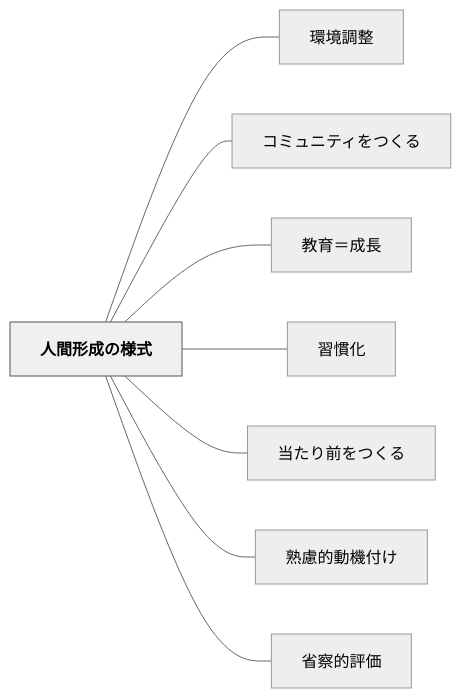
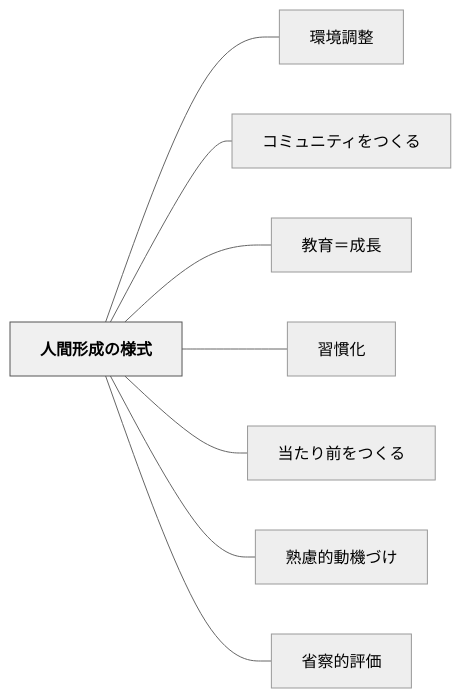
One commit to unknownthings-ed-patterns/unknownthings-ed-patterns changed the diagram in content/パタン/人間形成の様式.md. Above: the diagram before and after it, drawn with Mermaid (neutral theme). The commit also changed other lines of this file and 234 other files, not shown here.

````diff
--- a/content/パタン/人間形成の様式.md
+++ b/content/パタン/人間形成の様式.md
@@ -163,22 +163,22 @@
 ```mermaid
 flowchart LR
     ne4babae99693e5bda2e68890e381aee6a798e5bc8f["人間形成の様式"]
     ne792b0e5a283e8aabfe695b4["環境調整"]
     ne382b3e3839fe383a5e3838be38386e382a3e38292e381a4e3818fe3828b["コミュニティをつくる"]
     ne69599e882b2efbc9de68890e995b7["教育＝成長"]
     ne7bf92e685a3e58c96["習慣化"]
     ne5bd93e3819fe3828ae5898de38292e381a4e3818fe3828b["当たり前をつくる"]
-    ne7869fe685aee79a84e58b95e6a99fe4bb98e38191["熟慮的動機付け"]
+    ne7869fe685aee79a84e58b95e6a99fe381a5e38191["熟慮的動機づけ"]
     ne79c81e5af9fe79a84e8a995e4bea1["省察的評価"]
 
     ne4babae99693e5bda2e68890e381aee6a798e5bc8f --- ne792b0e5a283e8aabfe695b4
     ne4babae99693e5bda2e68890e381aee6a798e5bc8f --- ne382b3e3839fe383a5e3838be38386e382a3e38292e381a4e3818fe3828b
     ne4babae99693e5bda2e68890e381aee6a798e5bc8f --- ne69599e882b2efbc9de68890e995b7
     ne4babae99693e5bda2e68890e381aee6a798e5bc8f --- ne7bf92e685a3e58c96
     ne4babae99693e5bda2e68890e381aee6a798e5bc8f --- ne5bd93e3819fe3828ae5898de38292e381a4e3818fe3828b
-    ne4babae99693e5bda2e68890e381aee6a798e5bc8f --- ne7869fe685aee79a84e58b95e6a99fe4bb98e38191
+    ne4babae99693e5bda2e68890e381aee6a798e5bc8f --- ne7869fe685aee79a84e58b95e6a99fe381a5e38191
     ne4babae99693e5bda2e68890e381aee6a798e5bc8f --- ne79c81e5af9fe79a84e8a995e4bea1
 
     classDef hub fill:#f0f0f0,stroke:#555,color:#000,font-weight:bold
     class ne4babae99693e5bda2e68890e381aee6a798e5bc8f hub
 ```
````
